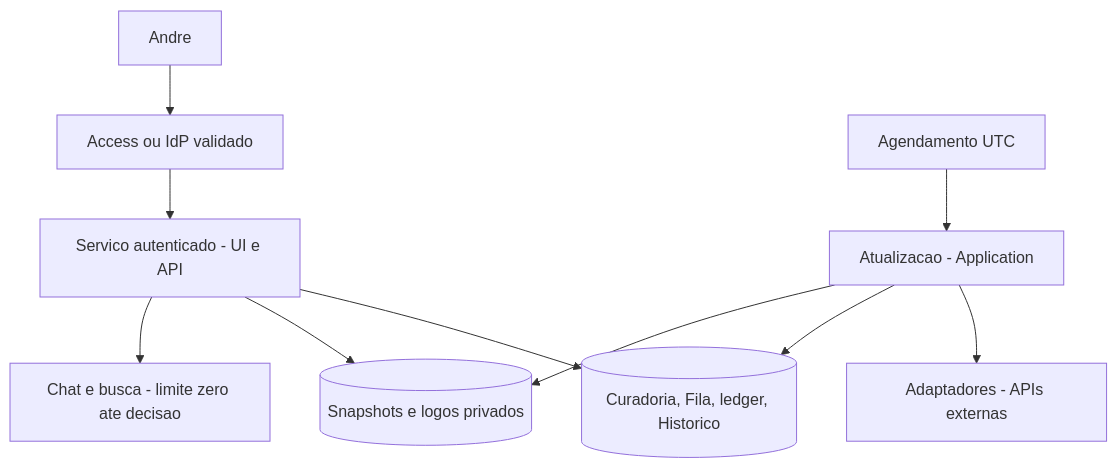
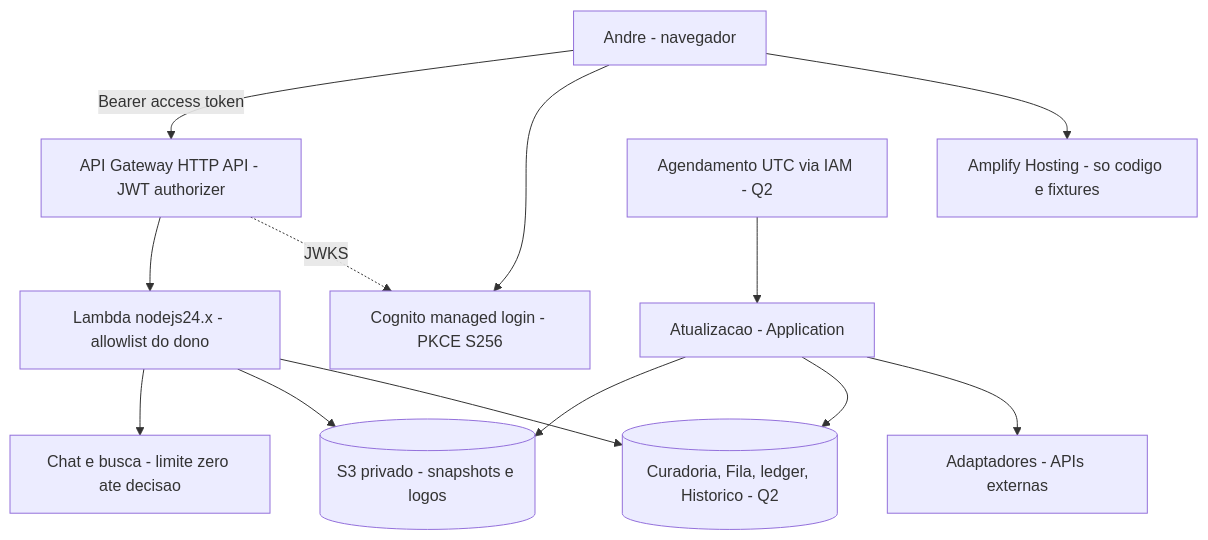
The second of 3 diagrams in _bmad-output/planning-artifacts/architecture/architecture-LLMs-2026-10-10/ARCHITECTURE-SPINE.md (Andre-cardia/LLMs), drawn with Mermaid before and after one commit. The commit also changed other lines of this file and 15 other files, not shown here.

Commit message:
docs: amend architecture spines

````diff
--- a/_bmad-output/planning-artifacts/architecture/architecture-LLMs-2026-10-10/ARCHITECTURE-SPINE.md
+++ b/_bmad-output/planning-artifacts/architecture/architecture-LLMs-2026-10-10/ARCHITECTURE-SPINE.md
@@ -159,12 +185,15 @@
 ```mermaid
 flowchart TB
-  OWNER[Andre] --> AUTH[Access ou IdP validado]
-  AUTH --> WEB[Servico autenticado - UI e API]
-  WEB --> DB[(Curadoria, Fila, ledger, Historico)]
-  WEB --> OBJECTS[(Snapshots e logos privados)]
-  TIMER[Agendamento UTC] --> JOB[Atualizacao - Application]
+  OWNER[Andre - navegador] --> HOST[Amplify Hosting - so codigo e fixtures]
+  OWNER --> COGNITO[Cognito managed login - PKCE S256]
+  OWNER -- Bearer access token --> API[API Gateway HTTP API - JWT authorizer]
+  API -. JWKS .-> COGNITO
+  API --> FN[Lambda nodejs24.x - allowlist do dono]
+  FN --> DB[(Curadoria, Fila, ledger, Historico - Q2)]
+  FN --> OBJECTS[(S3 privado - snapshots e logos)]
+  TIMER[Agendamento UTC via IAM - Q2] --> JOB[Atualizacao - Application]
   JOB --> SOURCES[Adaptadores - APIs externas]
   JOB --> DB
   JOB --> OBJECTS
-  WEB --> AGENT[Chat e busca - limite zero ate decisao]
+  FN --> AGENT[Chat e busca - limite zero ate decisao]
 ```
````
